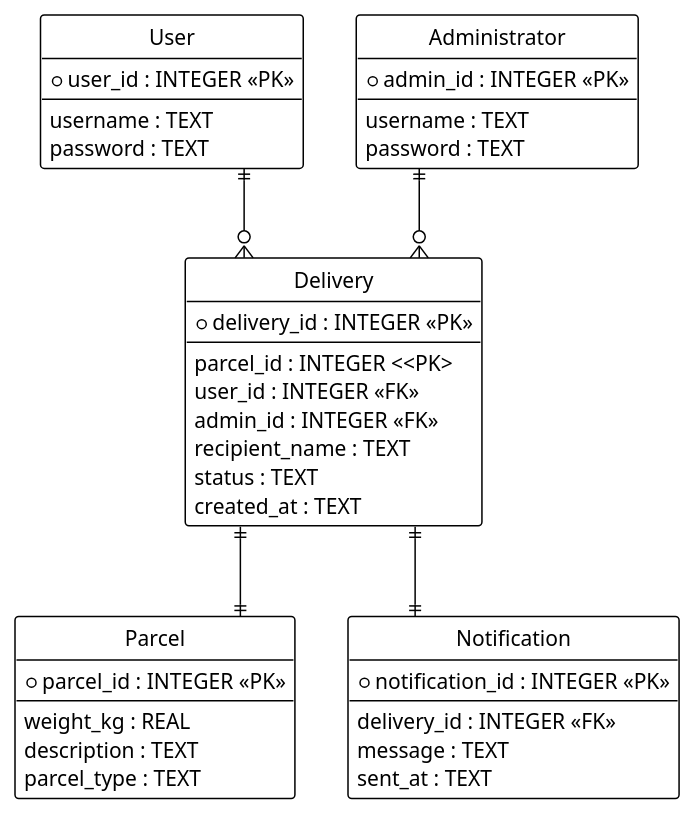
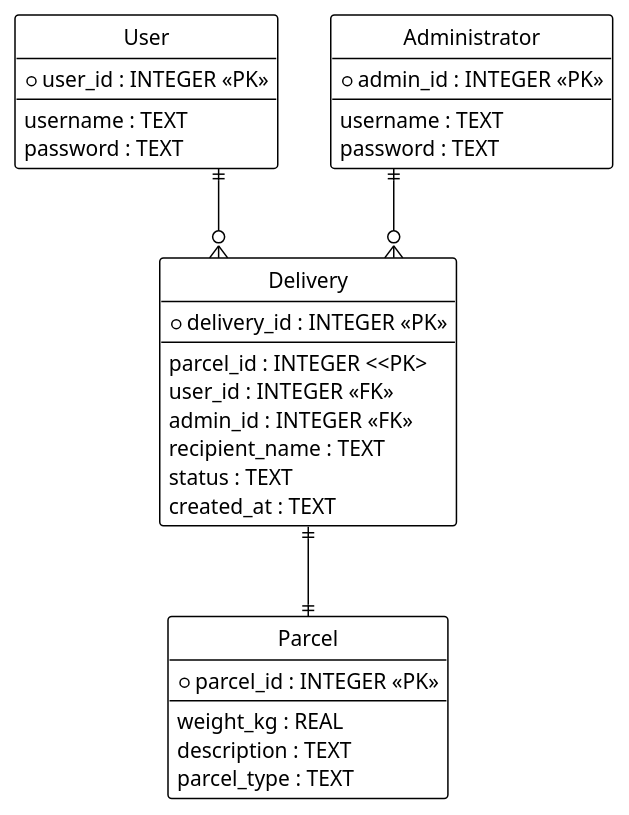
Before and after one commit to TEGI02/Lab3.1: the diagram in Case/SQL.puml, drawn with PlantUML. The commit also changed 8 other files, not shown here.

```diff
--- a/Case/SQL.puml
+++ b/Case/SQL.puml
@@ -1,67 +1,57 @@
 @startuml
 
 !theme plain
 hide circle
 skinparam linetype ortho
 skinparam entity {
   BackgroundColor White
   BorderColor Black
   FontName "Consolas"
 }
 
 entity "User" as User {
   *user_id : INTEGER <<PK>>
   --
   username : TEXT
   password : TEXT
 }
 
 entity "Administrator" as Administrator {
   *admin_id : INTEGER <<PK>>
   --
   username : TEXT
   password : TEXT
 }
 
 entity "Delivery" as Delivery {
   *delivery_id : INTEGER <<PK>>
   --
   parcel_id : INTEGER <<PK>
   user_id : INTEGER <<FK>>
   admin_id : INTEGER <<FK>>
   recipient_name : TEXT
   status : TEXT
   created_at : TEXT
 }
 
 entity "Parcel" as Parcel {
   *parcel_id : INTEGER <<PK>>
   --
   weight_kg : REAL
   description : TEXT
   parcel_type : TEXT
 }
 
-entity "Notification" as Notification {
-  *notification_id : INTEGER <<PK>>
-  --
-  delivery_id : INTEGER <<FK>>
-  message : TEXT
-  sent_at : TEXT
-}
-
 ' СВЯЗИ
 
 ' 1:N — Один пользователь может создать несколько доставок
 User ||--o{ Delivery
 
 ' 1:N — Один администратор может обработать несколько доставок
 Administrator ||--o{ Delivery
 
 ' 1:1 — Каждая доставка содержит одну посылку
 Delivery ||--|| Parcel
 
-' 1:1 — Каждая доставка имеет одно уведомление
-Delivery ||--|| Notification
 
 @enduml
```
